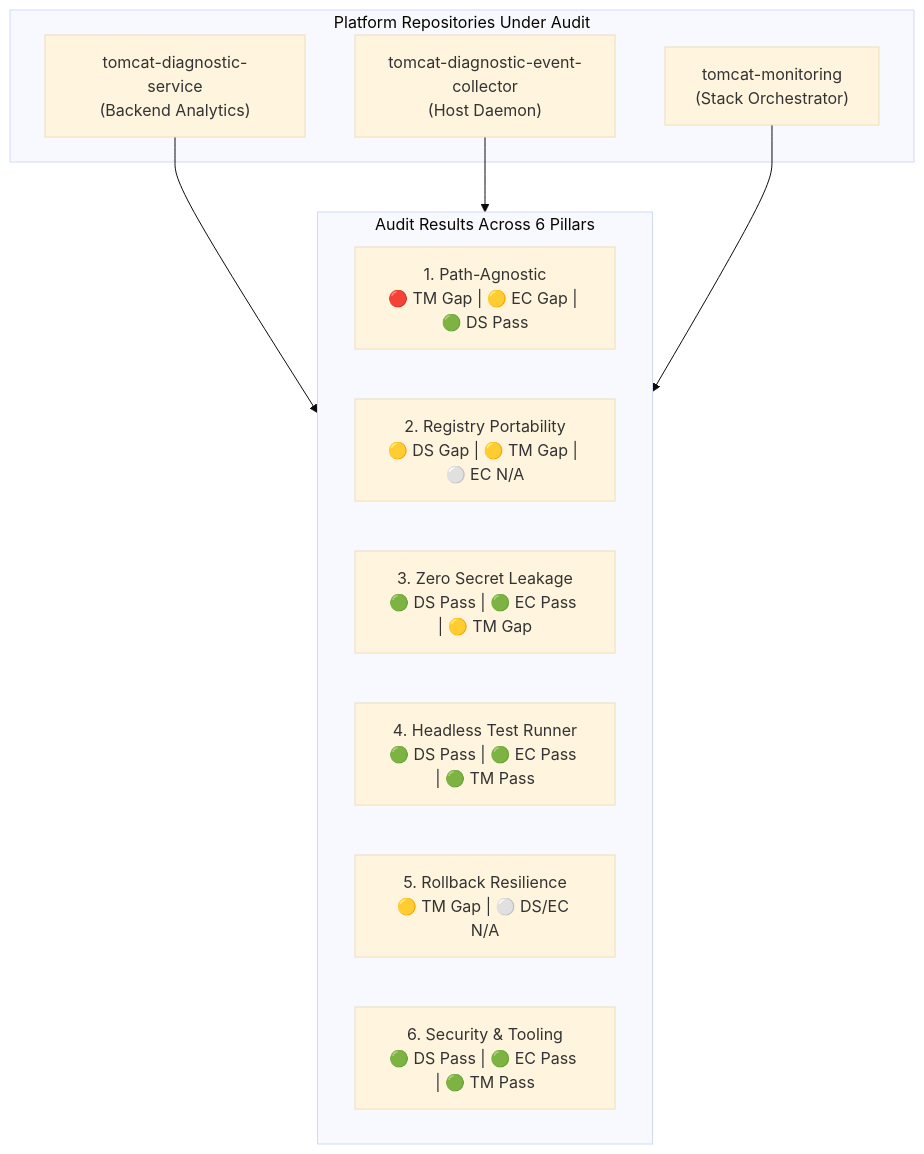
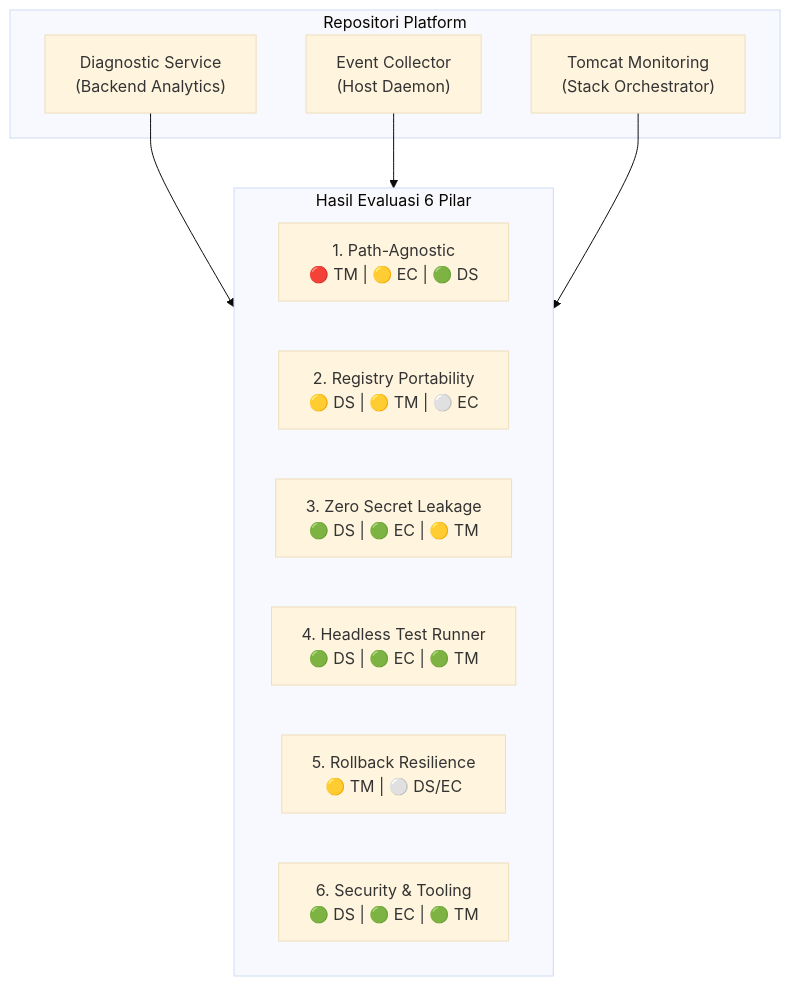
Before and after one commit to edkas07-oss/devops-handbook: the second of 3 diagrams in docs/projects/tomcat-monitoring/engineering-journal/continuous-integration-and-deployment/TN-002-audit-and-standardize-repositories-for-production-plug-and-play-readiness.md, drawn with Mermaid (base theme).

Commit message:
docs(tm): optimize mermaid labels in audit findings section to prevent clipping

````diff
--- a/docs/projects/tomcat-monitoring/engineering-journal/continuous-integration-and-deployment/TN-002-audit-and-standardize-repositories-for-production-plug-and-play-readiness.md
+++ b/docs/projects/tomcat-monitoring/engineering-journal/continuous-integration-and-deployment/TN-002-audit-and-standardize-repositories-for-production-plug-and-play-readiness.md
@@ -189,21 +189,21 @@
 ```mermaid
 flowchart TD
-    subgraph Repositories["Platform Repositories Under Audit"]
-        DS["tomcat-diagnostic-service<br/>(Backend Analytics)"]
-        EC["tomcat-diagnostic-event-collector<br/>(Host Daemon)"]
-        TM["tomcat-monitoring<br/>(Stack Orchestrator)"]
+    subgraph Repositories["Repositori Platform"]
+        DS["Diagnostic Service<br/>(Backend Analytics)"]
+        EC["Event Collector<br/>(Host Daemon)"]
+        TM["Tomcat Monitoring<br/>(Stack Orchestrator)"]
     end
 
-    subgraph AuditResults["Audit Results Across 6 Pillars"]
-        P1["1. Path-Agnostic<br/>🔴 TM Gap | 🟡 EC Gap | 🟢 DS Pass"]
-        P2["2. Registry Portability<br/>🟡 DS Gap | 🟡 TM Gap | ⚪ EC N/A"]
-        P3["3. Zero Secret Leakage<br/>🟢 DS Pass | 🟢 EC Pass | 🟡 TM Gap"]
-        P4["4. Headless Test Runner<br/>🟢 DS Pass | 🟢 EC Pass | 🟢 TM Pass"]
-        P5["5. Rollback Resilience<br/>🟡 TM Gap | ⚪ DS/EC N/A"]
-        P6["6. Security & Tooling<br/>🟢 DS Pass | 🟢 EC Pass | 🟢 TM Pass"]
+    subgraph AuditResults["Hasil Evaluasi 6 Pilar"]
+        P1["1. Path-Agnostic<br/>🔴 TM | 🟡 EC | 🟢 DS"]
+        P2["2. Registry Portability<br/>🟡 DS | 🟡 TM | ⚪ EC"]
+        P3["3. Zero Secret Leakage<br/>🟢 DS | 🟢 EC | 🟡 TM"]
+        P4["4. Headless Test Runner<br/>🟢 DS | 🟢 EC | 🟢 TM"]
+        P5["5. Rollback Resilience<br/>🟡 TM | ⚪ DS/EC"]
+        P6["6. Security & Tooling<br/>🟢 DS | 🟢 EC | 🟢 TM"]
     end
 
     DS --> AuditResults
     EC --> AuditResults
     TM --> AuditResults
 ```
````
